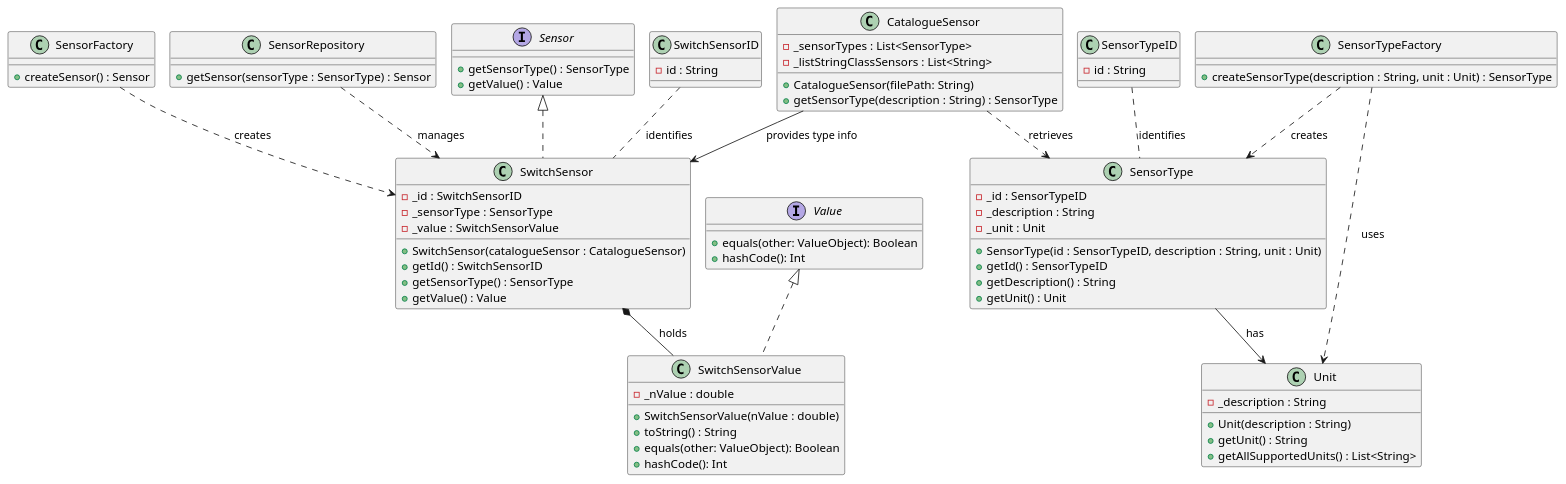
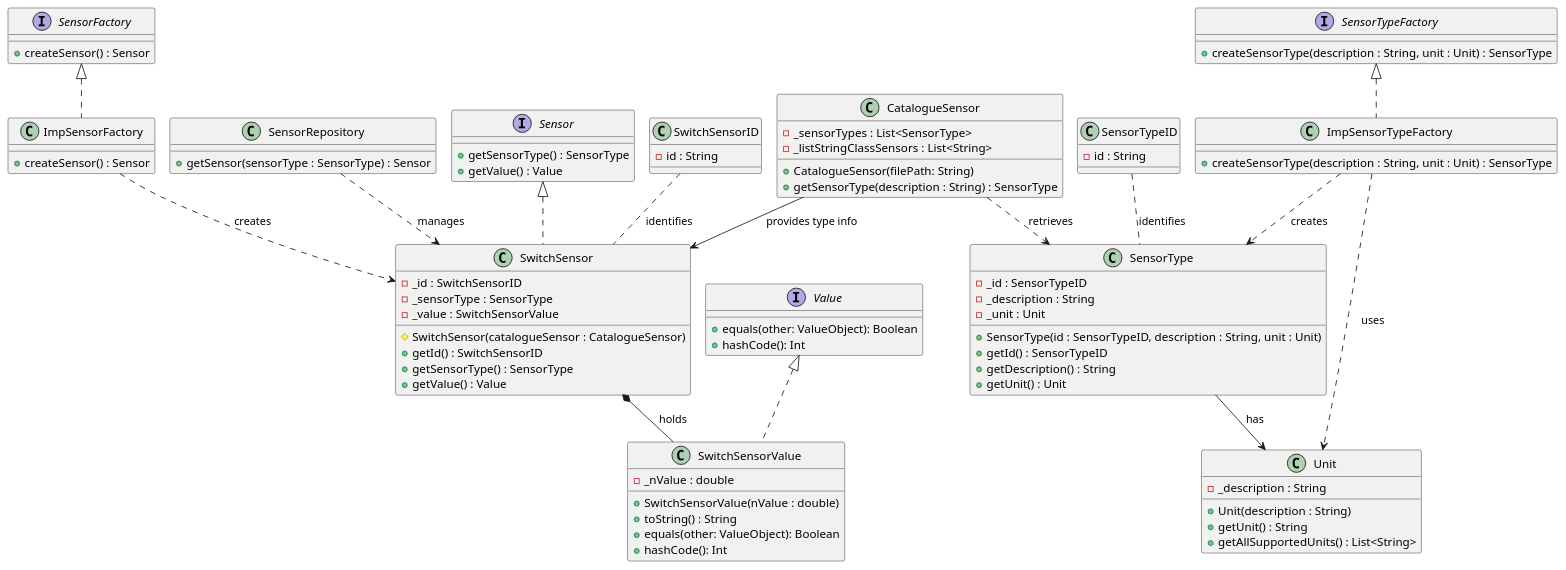
Before and after one commit to olivDiogo/SmartHome: the diagram in docs/ood/classDiagram/US17SwitchSensor.puml, drawn with PlantUML.

Commit message:
Update: add sensorFactory and sensorTypeFactory interfaces to US17 CD , addresses #108

```diff
--- a/docs/ood/classDiagram/US17SwitchSensor.puml
+++ b/docs/ood/classDiagram/US17SwitchSensor.puml
@@ -1,88 +1,96 @@
 @startuml
 !pragma layout smetana
 
 class SwitchSensorID {
     - id : String
 }
 
 class SensorTypeID {
     - id : String
 }
 
 class SwitchSensor implements Sensor {
     - _id : SwitchSensorID
     - _sensorType : SensorType
     - _value : SwitchSensorValue
-    + SwitchSensor(catalogueSensor : CatalogueSensor)
+    # SwitchSensor(catalogueSensor : CatalogueSensor)
     + getId() : SwitchSensorID
     + getSensorType() : SensorType
     + getValue() : Value
 }
 
 class SwitchSensorValue implements Value {
     - _nValue : double
     + SwitchSensorValue(nValue : double)
     + toString() : String
     + equals(other: ValueObject): Boolean
     + hashCode(): Int
 }
 
 interface Sensor {
     + getSensorType() : SensorType
     + getValue() : Value
 }
 
 class SensorType {
     - _id : SensorTypeID
     - _description : String
     - _unit : Unit
     + SensorType(id : SensorTypeID, description : String, unit : Unit)
     + getId() : SensorTypeID
     + getDescription() : String
     + getUnit() : Unit
 }
 
-class SensorTypeFactory {
+class ImpSensorTypeFactory implements SensorTypeFactory{
+    + createSensorType(description : String, unit : Unit) : SensorType
+}
+
+interface SensorTypeFactory{
     + createSensorType(description : String, unit : Unit) : SensorType
 }
 
 class Unit {
     - _description : String
     + Unit(description : String)
     + getUnit() : String
     + getAllSupportedUnits() : List<String>
 }
 
 interface Value {
     + equals(other: ValueObject): Boolean
     + hashCode(): Int
 }
 
 class CatalogueSensor {
     - _sensorTypes : List<SensorType>
     - _listStringClassSensors : List<String>
     + CatalogueSensor(filePath: String)
     + getSensorType(description : String) : SensorType
 }
 
-class SensorFactory {
+class ImpSensorFactory implements SensorFactory {
+    + createSensor() : Sensor
+}
+
+interface SensorFactory {
     + createSensor() : Sensor
 }
 
 class SensorRepository {
     + getSensor(sensorType : SensorType) : Sensor
 }
 
 CatalogueSensor --> SwitchSensor : provides type info >
 CatalogueSensor ..> SensorType : retrieves >
 SensorType --> Unit : has
-SensorFactory ..> SwitchSensor : creates >
+ImpSensorFactory ..> SwitchSensor : creates >
 SensorRepository ..> SwitchSensor : manages >
-SensorTypeFactory ..> SensorType : creates >
-SensorTypeFactory ..> Unit : uses >
+ImpSensorTypeFactory ..> SensorType : creates >
+ImpSensorTypeFactory ..> Unit : uses >
 SwitchSensorID .. SwitchSensor : identifies >
 SensorTypeID .. SensorType : identifies >
 
 SwitchSensor *-- SwitchSensorValue : holds >
 
 @enduml
```
